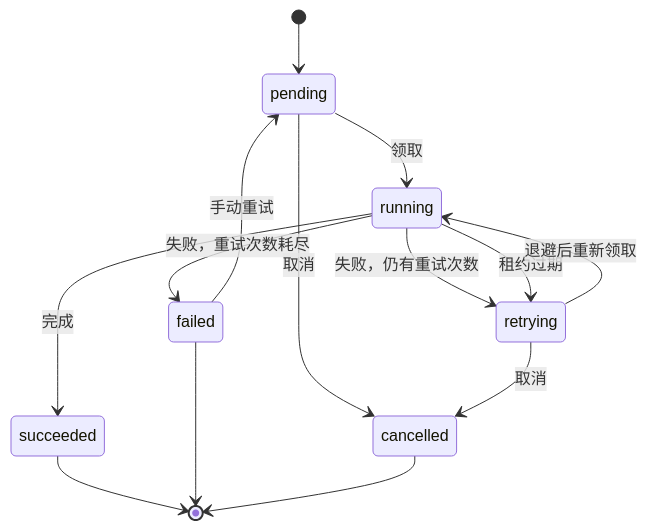
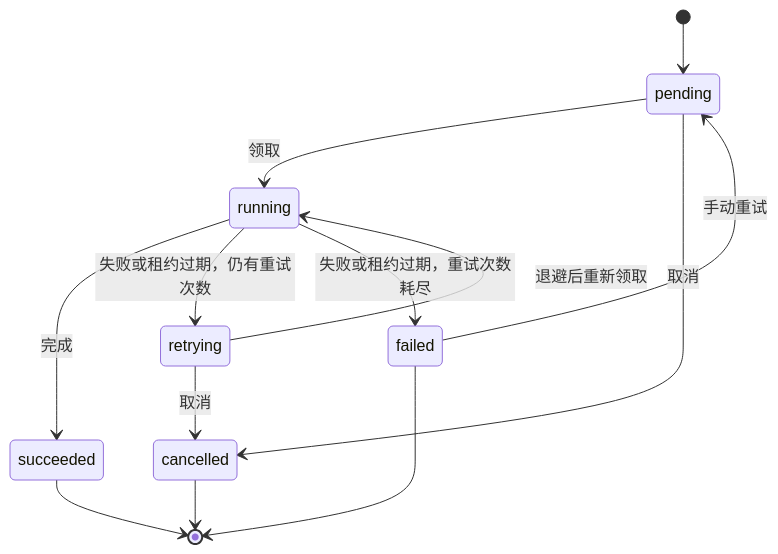
Before and after one commit to Sakuya1998/game-platform: the diagram in docs/architecture/async-job-design.md, drawn with Mermaid. The commit also changed other lines of this file and 30 other files, not shown here.

````diff
--- a/docs/architecture/async-job-design.md
+++ b/docs/architecture/async-job-design.md
@@ -28,16 +28,15 @@
 ```mermaid
 stateDiagram-v2
   [*] --> pending
   pending --> running: 领取
   running --> succeeded: 完成
-  running --> retrying: 失败，仍有重试次数
-  running --> failed: 失败，重试次数耗尽
-  running --> retrying: 租约过期
+  running --> retrying: 失败或租约过期，仍有重试次数
+  running --> failed: 失败或租约过期，重试次数耗尽
   retrying --> running: 退避后重新领取
   pending --> cancelled: 取消
   retrying --> cancelled: 取消
   failed --> pending: 手动重试
   succeeded --> [*]
   failed --> [*]
   cancelled --> [*]
 ```
````
